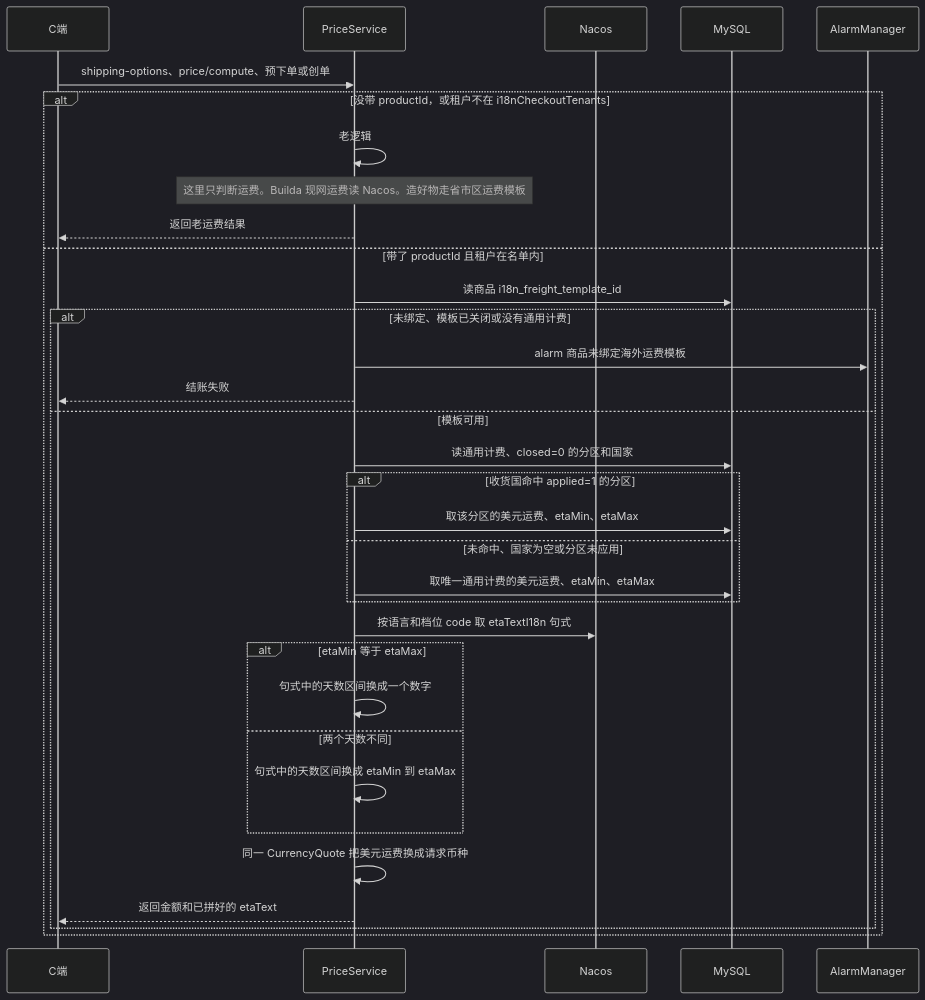
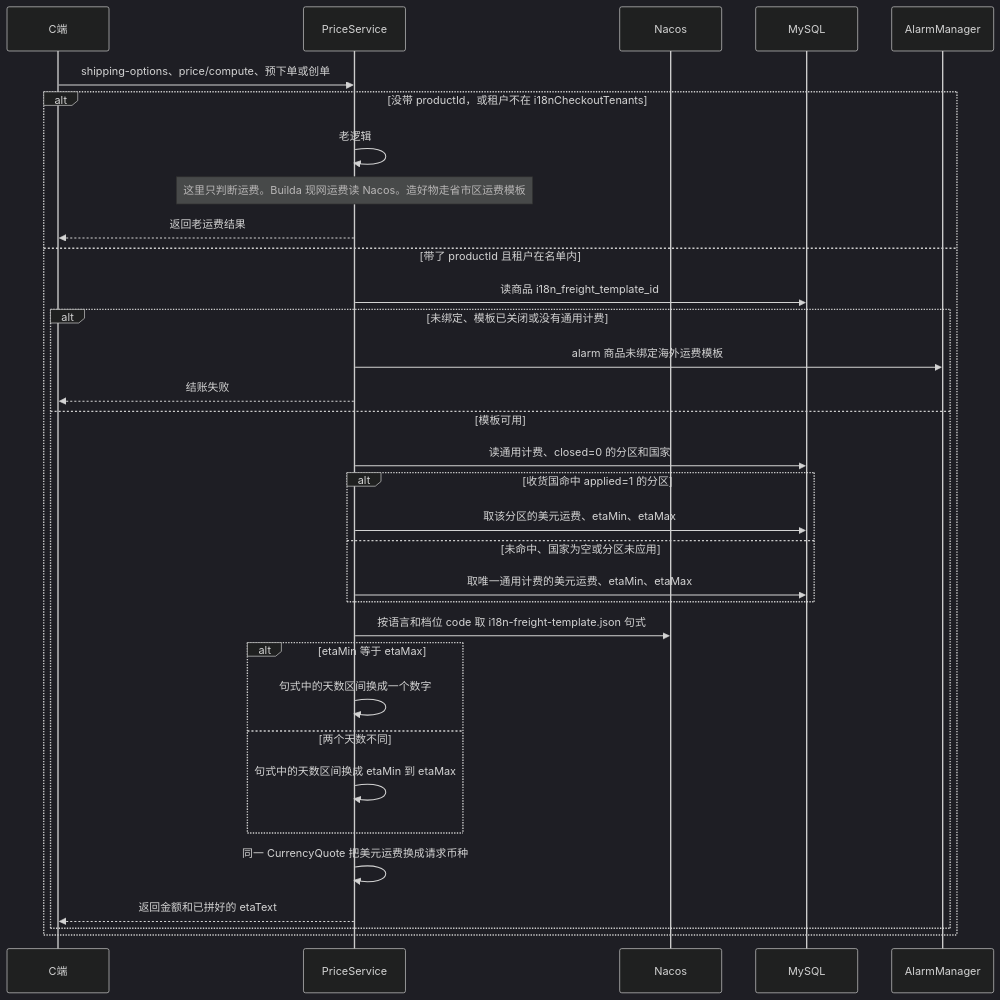
One commit to HanyuKing/learn-jdk changed the fifth of 6 diagrams in docs/运费与汇率配置/【海外后台】运费、币种汇率配置-技术设计.md. Above: the diagram before and after it, drawn with Mermaid (dark theme). The commit also changed other lines of this file and 2 other files, not shown here.

````diff
--- a/docs/运费与汇率配置/【海外后台】运费、币种汇率配置-技术设计.md
+++ b/docs/运费与汇率配置/【海外后台】运费、币种汇率配置-技术设计.md
@@ -175,36 +161,36 @@
 ```mermaid
 sequenceDiagram
     participant Client as C端
     participant Price as PriceService
     participant Nacos as Nacos
     participant DB as MySQL
     participant Alarm as AlarmManager
 
     Client->>Price: shipping-options、price/compute、预下单或创单
     alt 没带 productId，或租户不在 i18nCheckoutTenants
         Price->>Price: 老逻辑
         Note over Price: 这里只判断运费。Builda 现网运费读 Nacos。造好物走省市区运费模板
         Price-->>Client: 返回老运费结果
     else 带了 productId 且租户在名单内
         Price->>DB: 读商品 i18n_freight_template_id
         alt 未绑定、模板已关闭或没有通用计费
             Price->>Alarm: alarm 商品未绑定海外运费模板
             Price-->>Client: 结账失败
         else 模板可用
             Price->>DB: 读通用计费、closed=0 的分区和国家
             alt 收货国命中 applied=1 的分区
                 Price->>DB: 取该分区的美元运费、etaMin、etaMax
             else 未命中、国家为空或分区未应用
                 Price->>DB: 取唯一通用计费的美元运费、etaMin、etaMax
             end
-            Price->>Nacos: 按语言和档位 code 取 etaTextI18n 句式
+            Price->>Nacos: 按语言和档位 code 取 i18n-freight-template.json 句式
             alt etaMin 等于 etaMax
                 Price->>Price: 句式中的天数区间换成一个数字
             else 两个天数不同
                 Price->>Price: 句式中的天数区间换成 etaMin 到 etaMax
             end
             Price->>Price: 同一 CurrencyQuote 把美元运费换成请求币种
             Price-->>Client: 返回金额和已拼好的 etaText
         end
     end
 ```
````
